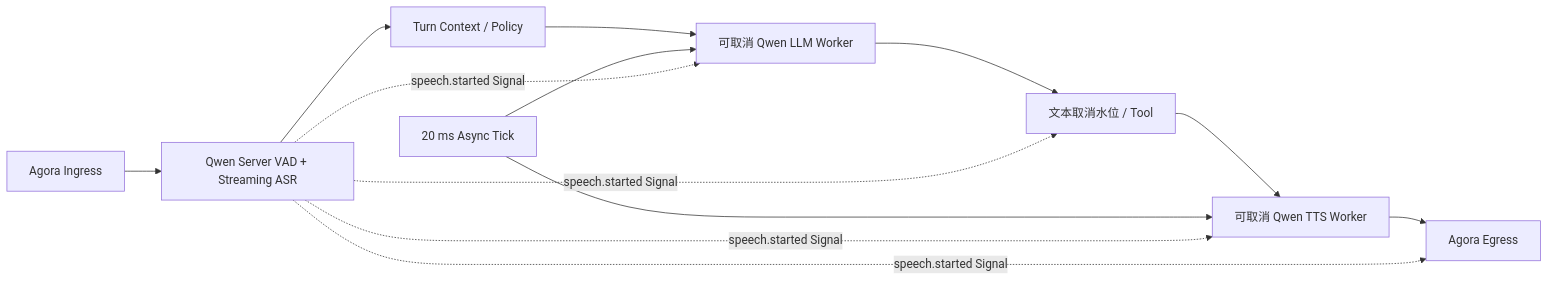
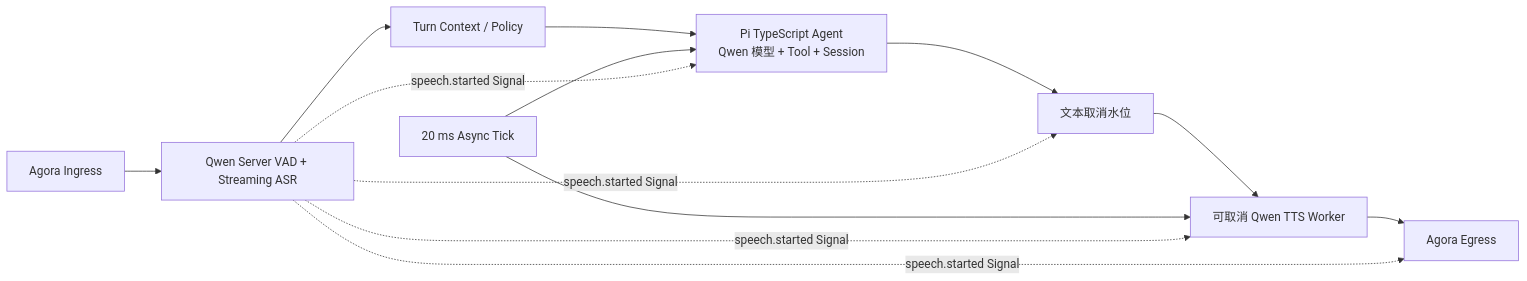
One commit to PiyotaHu/muxiva changed the second of 3 diagrams in docs/site/zh/voice-architecture.md. Above: the diagram before and after it, drawn with Mermaid. The commit also changed other lines of this file and 111 other files, not shown here.

````diff
--- a/docs/site/zh/voice-architecture.md
+++ b/docs/site/zh/voice-architecture.md
@@ -29,15 +29,15 @@
 ```mermaid
 flowchart LR
     IN["Agora Ingress"] --> ASR["Qwen Server VAD + Streaming ASR"]
     ASR --> FUSION["Turn Context / Policy"]
-    FUSION --> LLM["可取消 Qwen LLM Worker"]
-    CLOCK["20 ms Async Tick"] --> LLM
-    LLM --> GATE["文本取消水位 / Tool"]
+    FUSION --> AGENT["Pi TypeScript Agent<br/>Qwen 模型 + Tool + Session"]
+    CLOCK["20 ms Async Tick"] --> AGENT
+    AGENT --> GATE["文本取消水位"]
     GATE --> TTS["可取消 Qwen TTS Worker"]
     CLOCK --> TTS
     TTS --> OUT["Agora Egress"]
-    ASR -. "speech.started Signal" .-> LLM
+    ASR -. "speech.started Signal" .-> AGENT
     ASR -. "speech.started Signal" .-> TTS
     ASR -. "speech.started Signal" .-> GATE
     ASR -. "speech.started Signal" .-> OUT
 ```
````
